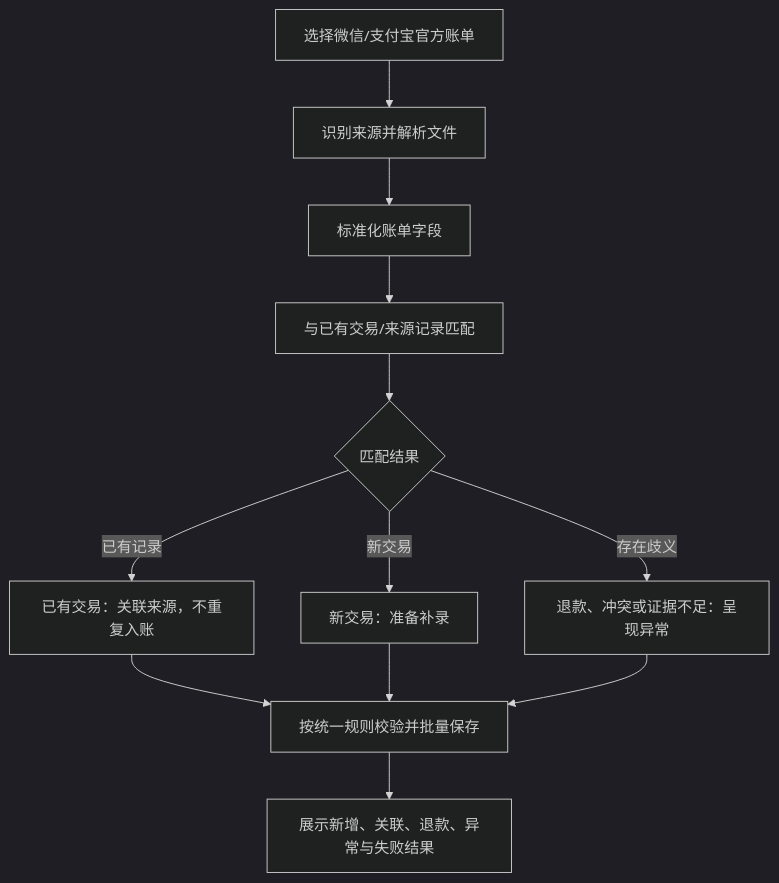
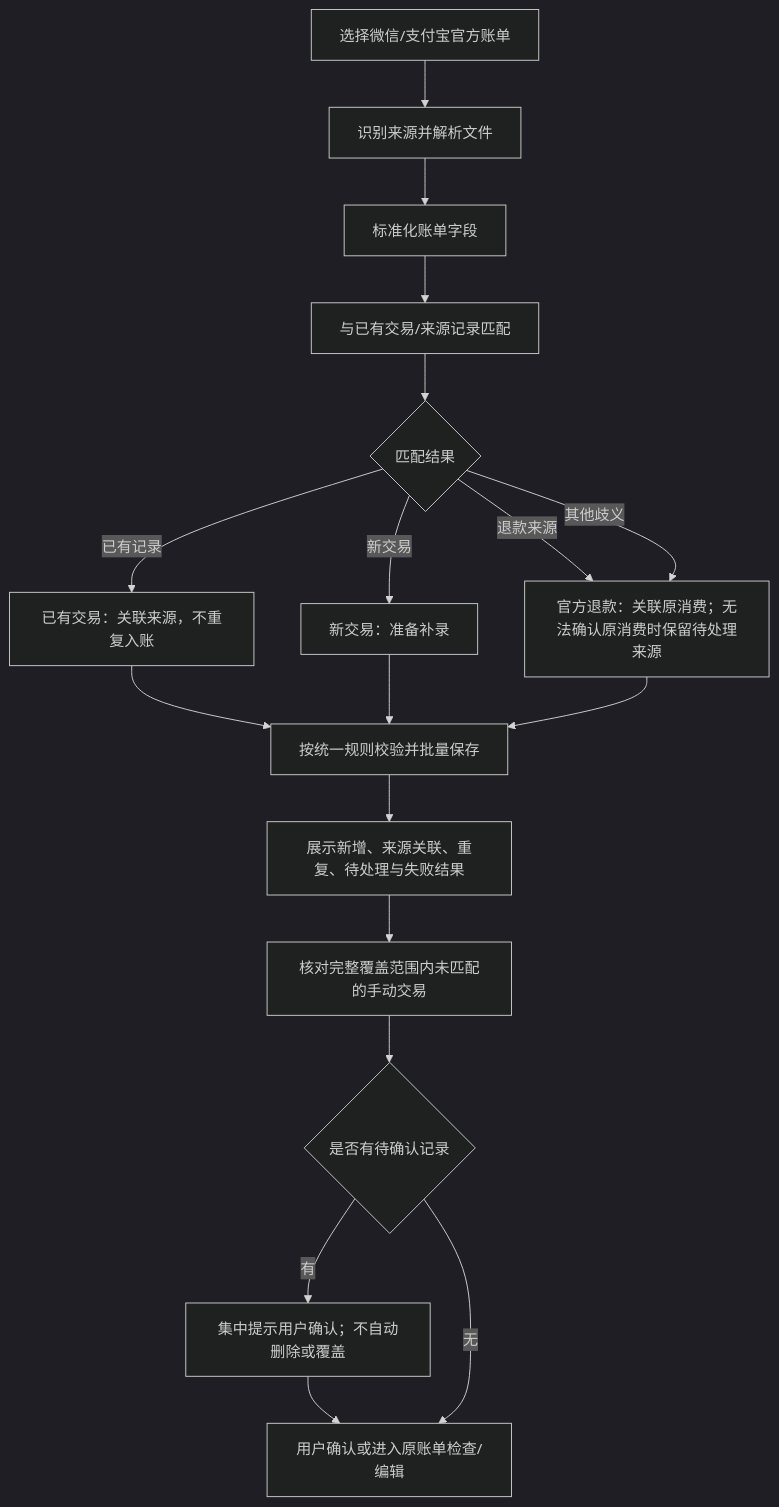
Before and after one commit to AsteriaAnna/ledger-final: the third of 3 diagrams in docs/PRODUCT_FUNCTION_MAP.md, drawn with Mermaid (dark theme). The commit also changed other lines of this file, not shown here.

Commit message:
docs: align product map with frozen refund and import review rules

````diff
--- a/docs/PRODUCT_FUNCTION_MAP.md
+++ b/docs/PRODUCT_FUNCTION_MAP.md
@@ -176,22 +178,29 @@
 ```mermaid
 flowchart TD
     A["选择微信/支付宝官方账单"]
     B["识别来源并解析文件"]
     C["标准化账单字段"]
     D["与已有交易/来源记录匹配"]
     E{"匹配结果"}
     F["已有交易：关联来源，不重复入账"]
     G["新交易：准备补录"]
-    H["退款、冲突或证据不足：呈现异常"]
+    H["官方退款：关联原消费；无法确认原消费时保留待处理来源"]
     I["按统一规则校验并批量保存"]
-    J["展示新增、关联、退款、异常与失败结果"]
+    J["展示新增、来源关联、重复、待处理与失败结果"]
+    K["核对完整覆盖范围内未匹配的手动交易"]
+    L{"是否有待确认记录"}
+    M["集中提示用户确认；不自动删除或覆盖"]
+    N["用户确认或进入原账单检查/编辑"]
 
     A --> B --> C --> D --> E
     E -->|已有记录| F
     E -->|新交易| G
-    E -->|存在歧义| H
+    E -->|退款来源| H
+    E -->|其他歧义| H
     F --> I
     G --> I
     H --> I
-    I --> J
+    I --> J --> K --> L
+    L -->|有| M --> N
+    L -->|无| N
 ```
````
